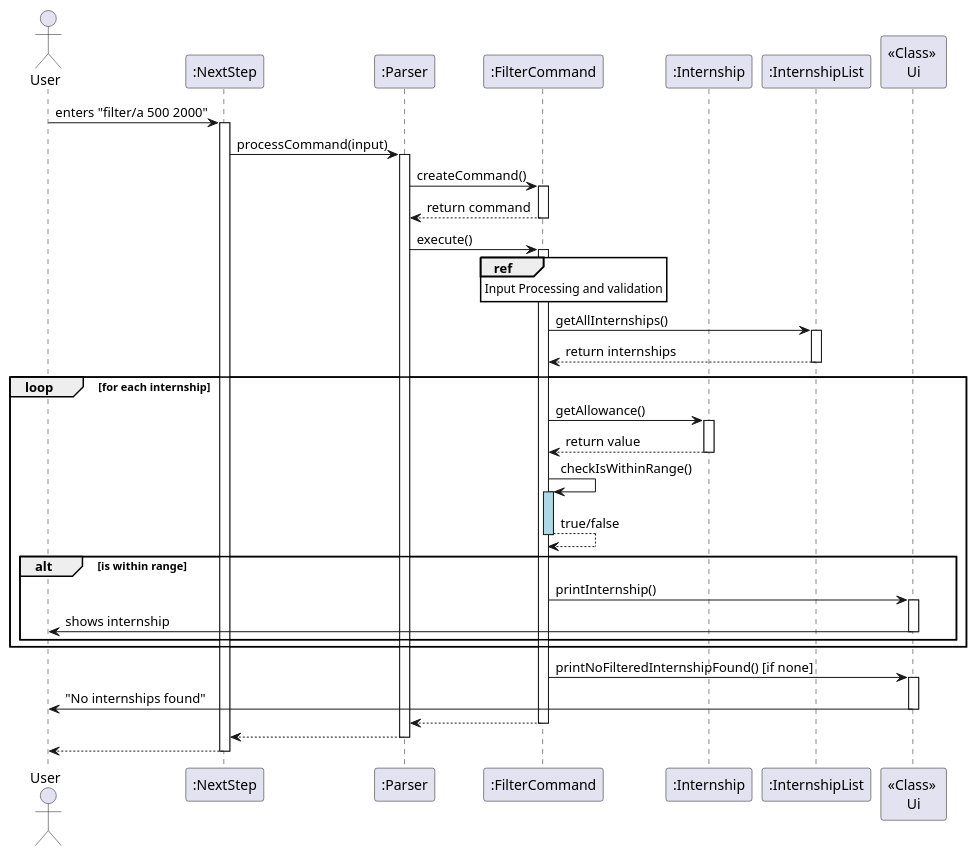
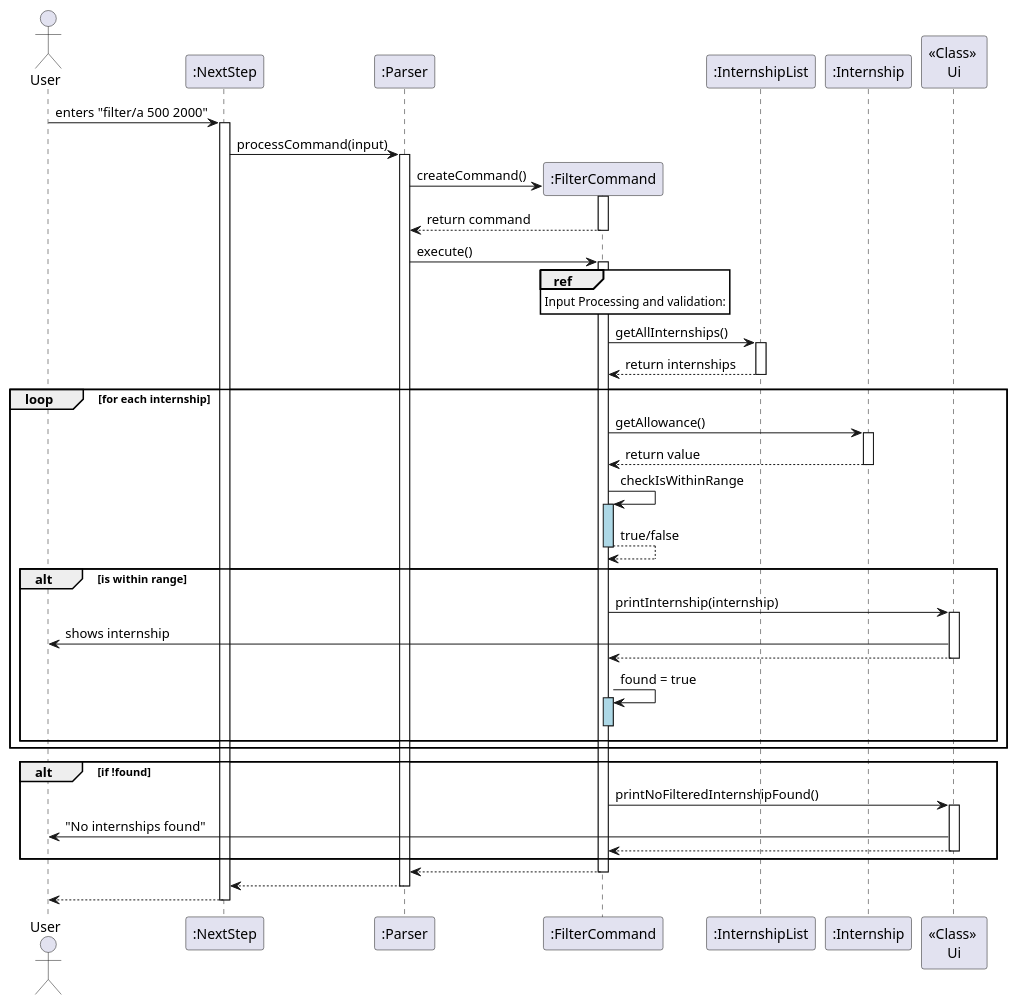
Before and after one commit to xyanjun02/tp: the diagram in docs/diagrams/filterCommandSequence.puml, drawn with PlantUML. The commit also changed 16 other files, not shown here.

```diff
--- a/docs/diagrams/filterCommandSequence.puml
+++ b/docs/diagrams/filterCommandSequence.puml
@@ -1,66 +1,75 @@
 @startuml
 actor User
 participant ":NextStep" as NextStep
 participant ":Parser" as Parser
 participant ":FilterCommand" as FilterCommand
+participant ":InternshipList" as InternshipList
 participant ":Internship" as Internship
-participant ":InternshipList" as InternshipList
 participant "<<Class>> \nUi" as Ui
 skinparam sequenceReferenceBackgroundColor white
 
 User -> NextStep : enters "filter/a 500 2000"
 activate NextStep
 
 NextStep -> Parser : processCommand(input)
 activate Parser
 
+create FilterCommand
 Parser -> FilterCommand : createCommand()
 activate FilterCommand
 FilterCommand --> Parser : return command
 deactivate FilterCommand
 
 Parser -> FilterCommand : execute()
 activate FilterCommand
 
 ref over FilterCommand
-  Input Processing and validation
+  Input Processing and validation:
 end ref
 
-  FilterCommand -> InternshipList : getAllInternships()
-  activate InternshipList
-  InternshipList --> FilterCommand : return internships
-  deactivate InternshipList
+FilterCommand -> InternshipList : getAllInternships()
+activate InternshipList
+InternshipList --> FilterCommand : return internships
+deactivate InternshipList
 
 loop for each internship
   FilterCommand -> Internship : getAllowance()
   activate Internship
   Internship --> FilterCommand : return value
   deactivate Internship
 
-  FilterCommand -> FilterCommand : checkIsWithinRange()
+  FilterCommand -> FilterCommand : checkIsWithinRange
   activate FilterCommand #lightblue
   FilterCommand --> FilterCommand : true/false
   deactivate FilterCommand
 
   alt is within range
-    FilterCommand -> Ui : printInternship()
+    FilterCommand -> Ui : printInternship(internship)
     activate Ui
     Ui -> User : shows internship
+    Ui --> FilterCommand
     deactivate Ui
+
+    FilterCommand -> FilterCommand : found = true
+    activate FilterCommand #lightblue
+    deactivate FilterCommand
   end
 end
 
-FilterCommand -> Ui : printNoFilteredInternshipFound() [if none]
-activate Ui
-Ui -> User : "No internships found"
-deactivate Ui
+alt if !found
+  FilterCommand -> Ui : printNoFilteredInternshipFound()
+  activate Ui
+  Ui -> User : "No internships found"
+  Ui --> FilterCommand
+  deactivate Ui
+end
 
 FilterCommand --> Parser
 deactivate FilterCommand
 
 Parser --> NextStep
 deactivate Parser
 
 NextStep --> User
 deactivate NextStep
 @enduml
```
